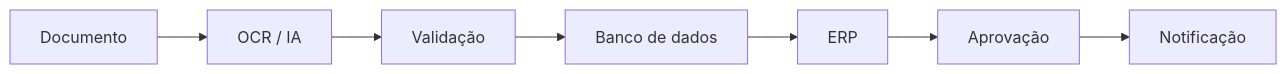
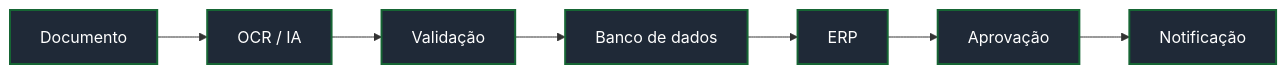
Before and after one commit to StackBlackzada/.github: the sixth of 16 diagrams in profile/README.md, drawn with Mermaid. The commit also changed other lines of this file, not shown here.

````diff
--- a/profile/README.md
+++ b/profile/README.md
@@ -235,4 +453,6 @@
 ```mermaid
 flowchart LR
     D1["Documento"] --> D2["OCR / IA"] --> D3["Validação"] --> D4["Banco de dados"] --> D5["ERP"] --> D6["Aprovação"] --> D7["Notificação"]
+    classDef d fill:#1F2937,stroke:#166534,color:#fff,stroke-width:2px
+    class D1,D2,D3,D4,D5,D6,D7 d
 ```
````
